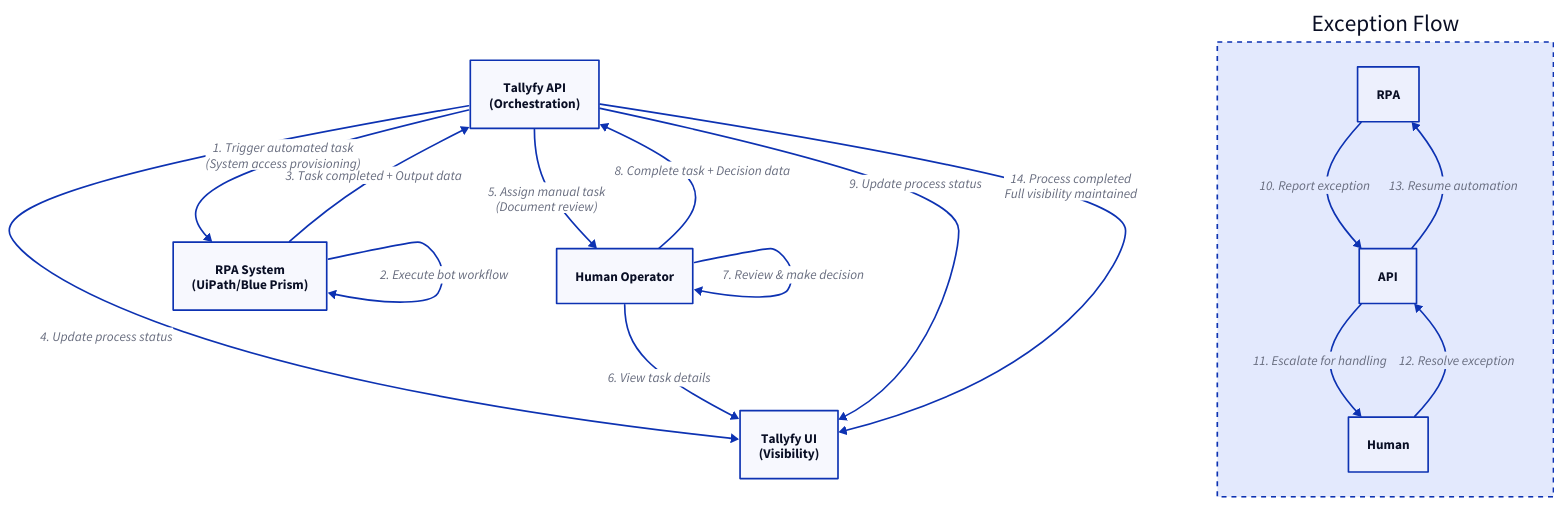
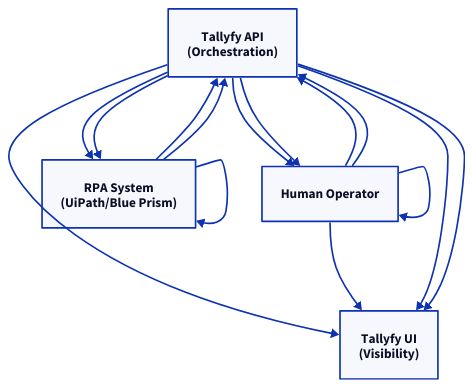
The diagram in src/content/docs/pro/integrations/open-api/how-does-tallyfy-combine-rpa-systems-and-human-operators.mdx (tallyfy/documentation), drawn with D2 before and after one commit. The commit also changed other lines of this file and 605 other files, not shown here.

````diff
--- a/src/content/docs/pro/integrations/open-api/how-does-tallyfy-combine-rpa-systems-and-human-operators.mdx
+++ b/src/content/docs/pro/integrations/open-api/how-does-tallyfy-combine-rpa-systems-and-human-operators.mdx
@@ -51,36 +52,22 @@
 ```d2
-API: "API"
-Human: "Human"
-RPA: "RPA"
-UI: "UI"
-RPA: RPA System\n(UiPath/Blue Prism)
 API: Tallyfy API\n(Orchestration)
 Human: Human Operator
+RPA: RPA System\n(UiPath/Blue Prism)
 UI: Tallyfy UI\n(Visibility)
-
-# Employee Onboarding Process Example
-
-API -> RPA: "1. Trigger automated task\n(System access provisioning)"
-RPA -> RPA: "2. Execute bot workflow"
-RPA -> API: "3. Task completed + Output data"
-API -> UI: "4. Update process status"
-
-API -> Human: "5. Assign manual task\n(Document review)"
-Human -> UI: "6. View task details"
-Human -> Human: "7. Review & make decision"
-Human -> API: "8. Complete task + Decision data"
-API -> UI: "9. Update process status"
-
-# Exception handling branch
-Exception Flow: {
-  shape: rectangle
-  style.stroke-dash: 3
-  RPA -> API: "10. Report exception"
-  API -> Human: "11. Escalate for handling"
-  Human -> API: "12. Resolve exception"
-  API -> RPA: "13. Resume automation"
-}
-
-# Note: Maintains complete audit trail
-API -> UI: "14. Process completed\nFull visibility maintained"
+shape: rectangle
+style.stroke-dash: 3
+API -> RPA
+RPA -> RPA
+RPA -> API
+API -> UI
+API -> Human
+Human -> UI
+Human -> Human
+Human -> API
+API -> UI
+RPA -> API
+API -> Human
+Human -> API
+API -> RPA
+API -> UI
 ```
````
